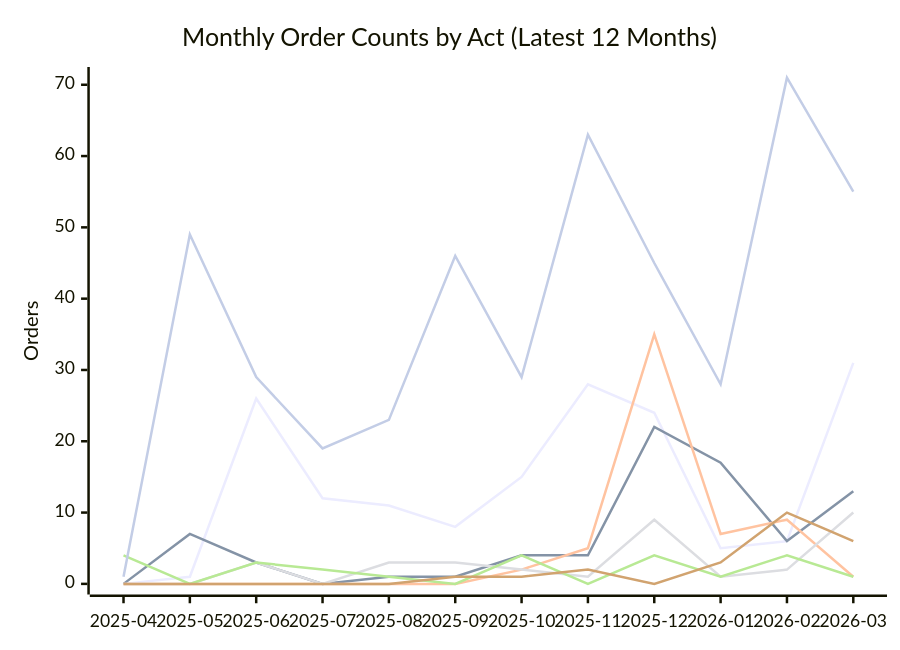
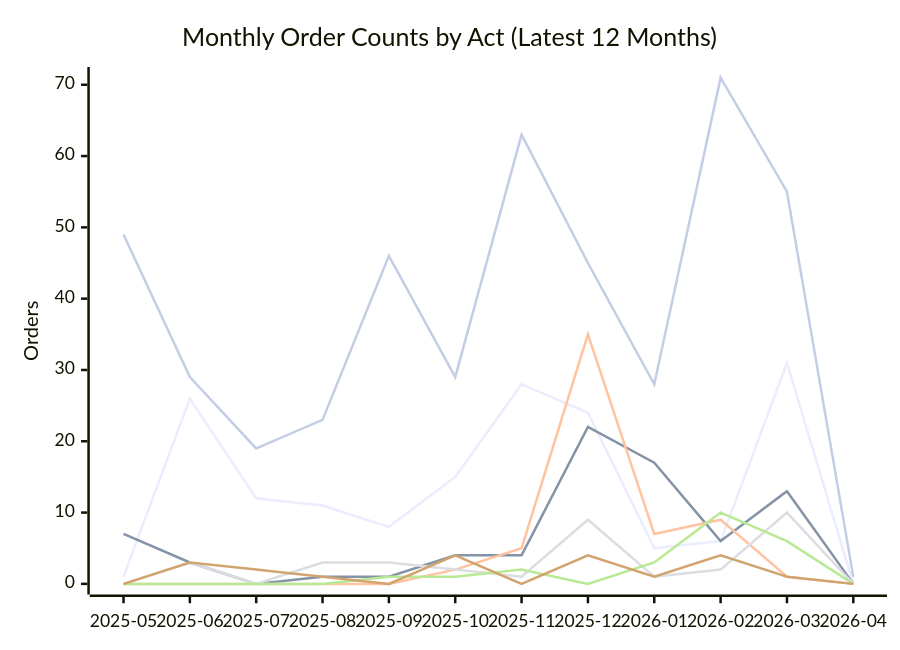
One commit to PatLittle/oic-data changed the second of 2 diagrams in README.md. Above: the diagram before and after it, drawn with Mermaid. The commit also changed other lines of this file and 3 other files, not shown here.

````diff
--- a/README.md
+++ b/README.md
@@ -71,13 +71,13 @@
 ```mermaid
 xychart-beta
     title "Monthly Order Counts by Act (Latest 12 Months)"
-    x-axis ["2025-04", "2025-05", "2025-06", "2025-07", "2025-08", "2025-09", "2025-10", "2025-11", "2025-12", "2026-01", "2026-02", "2026-03"]
+    x-axis ["2025-05", "2025-06", "2025-07", "2025-08", "2025-09", "2025-10", "2025-11", "2025-12", "2026-01", "2026-02", "2026-03", "2026-04"]
     y-axis "Orders" 0 --> 71
-    line [0, 1, 26, 12, 11, 8, 15, 28, 24, 5, 6, 31]
-    line [0, 7, 3, 0, 1, 1, 4, 4, 22, 17, 6, 13]
-    line [0, 0, 0, 0, 0, 0, 2, 5, 35, 7, 9, 1]
-    line [0, 0, 3, 0, 3, 3, 2, 1, 9, 1, 2, 10]
-    line [4, 0, 3, 2, 1, 0, 4, 0, 4, 1, 4, 1]
-    line [0, 0, 0, 0, 0, 1, 1, 2, 0, 3, 10, 6]
-    line [1, 49, 29, 19, 23, 46, 29, 63, 45, 28, 71, 55]
+    line [1, 26, 12, 11, 8, 15, 28, 24, 5, 6, 31, 0]
+    line [7, 3, 0, 1, 1, 4, 4, 22, 17, 6, 13, 0]
+    line [0, 0, 0, 0, 0, 2, 5, 35, 7, 9, 1, 0]
+    line [0, 3, 0, 3, 3, 2, 1, 9, 1, 2, 10, 0]
+    line [0, 0, 0, 0, 1, 1, 2, 0, 3, 10, 6, 0]
+    line [0, 3, 2, 1, 0, 4, 0, 4, 1, 4, 1, 0]
+    line [49, 29, 19, 23, 46, 29, 63, 45, 28, 71, 55, 1]
 ```
````
